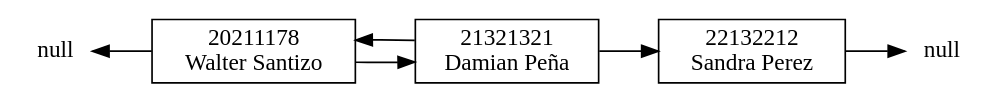
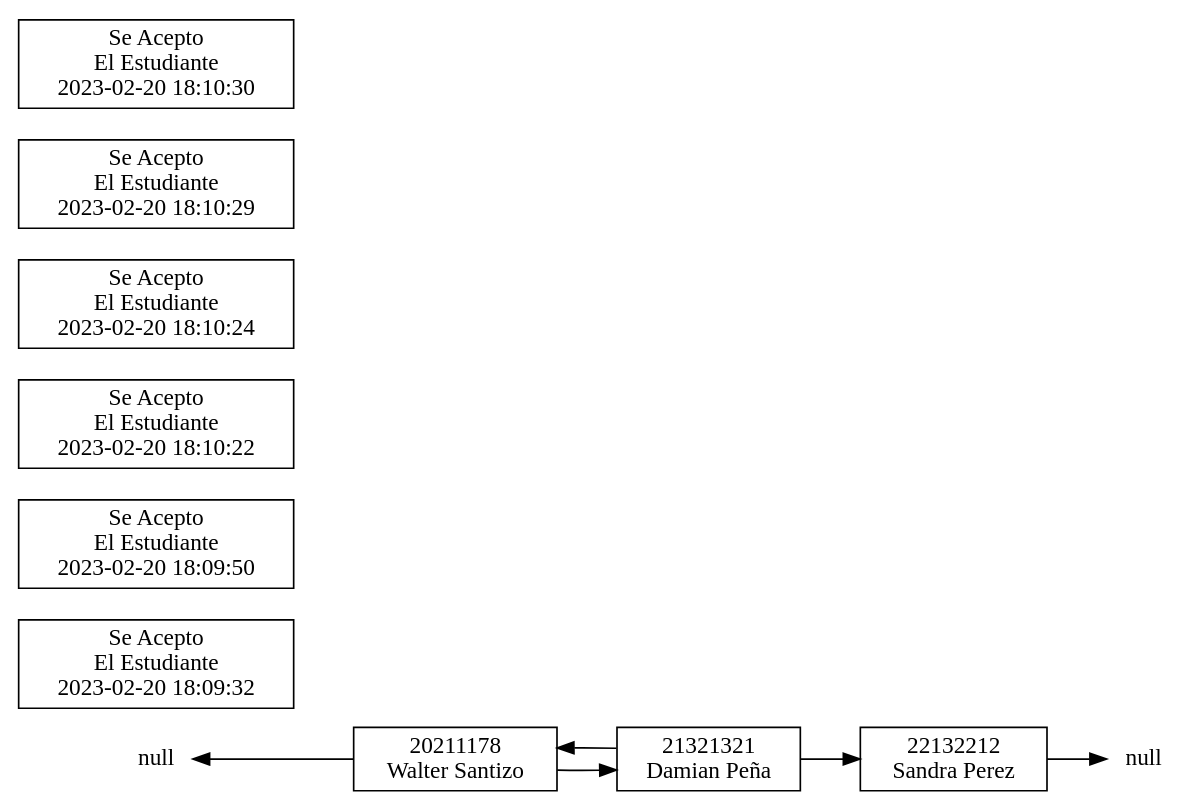
Before and after one commit to walterjav19/EDD_1S2023_PY_202111718: the diagram in EDD_Proyecto1_Fase1/ejemplo.dot, drawn with Graphviz. The commit also changed 7 other files, not shown here.

```diff
--- a/EDD_Proyecto1_Fase1/ejemplo.dot
+++ b/EDD_Proyecto1_Fase1/ejemplo.dot
@@ -1,16 +1,26 @@
 digraph LinkedList {
 rankdir=LR;
 node [shape=record];
 nullI [shape=none, label="null", style=bold, height=0, width=0];
 nullF [shape=none, label="null", style=bold, height=0, width=0];
 
 a[label="20211178\nWalter Santizo"]
 a->b
 b[label="21321321\nDamian Peña"]
 b->a
 b->c
 c[label="22132212\nSandra Perez"]
 c->nullF
 
 nullI->a [dir=back]
+
+
+n0 [label="Se Acepto\nEl Estudiante\n2023-02-20 18:09:32"];
+n1 [label="Se Acepto\nEl Estudiante\n2023-02-20 18:09:50"];
+n2 [label="Se Acepto\nEl Estudiante\n2023-02-20 18:10:22"];
+n3 [label="Se Acepto\nEl Estudiante\n2023-02-20 18:10:24"];
+n4 [label="Se Acepto\nEl Estudiante\n2023-02-20 18:10:29"];
+n5 [label="Se Acepto\nEl Estudiante\n2023-02-20 18:10:30"];
+
+
 }
```
